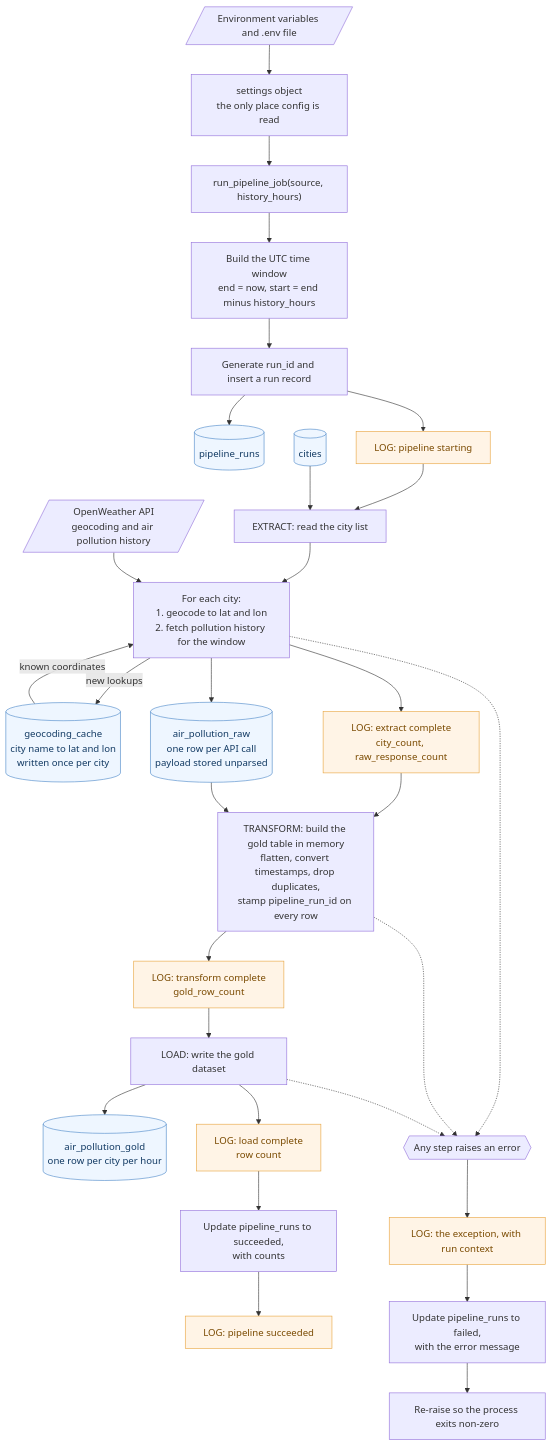
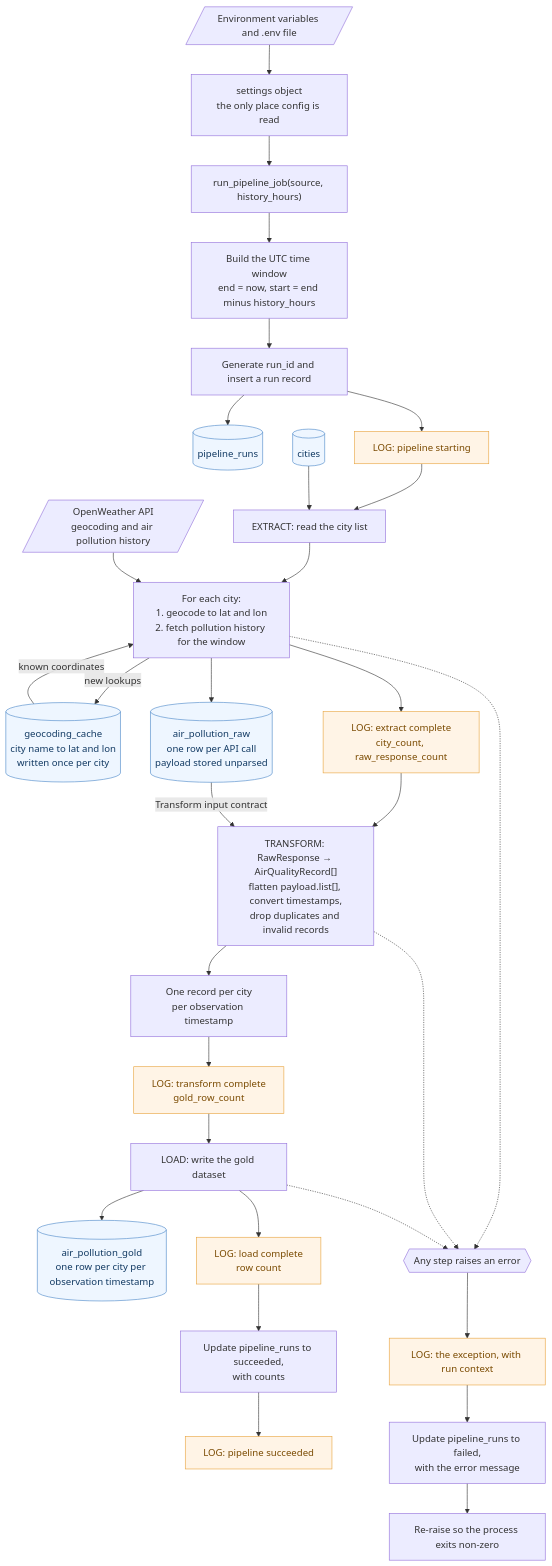
One commit to Code-the-Dream-School/summer-26-py-practicum-team3 changed the diagram in docs/architecture/data_flow_diagram.md. Above: the diagram before and after it, drawn with Mermaid. The commit also changed other lines of this file, not shown here.

Commit message:
AIR-13 Update data flow diagram for transform input/output contract

````diff
--- a/docs/architecture/data_flow_diagram.md
+++ b/docs/architecture/data_flow_diagram.md
@@ -15,42 +15,43 @@
 ```mermaid
 flowchart TD
     CFG[/"Environment variables and .env file"/] --> SET["settings object<br/>the only place config is read"]
     SET --> JOB["run_pipeline_job(source, history_hours)"]
 
     JOB --> SETUP1["Build the UTC time window<br/>end = now, start = end minus history_hours"]
     SETUP1 --> SETUP2["Generate run_id and insert a run record"]
     SETUP2 --> PGRUNS[("pipeline_runs")]
     SETUP2 --> LOG1["LOG: pipeline starting"]
 
     LOG1 --> EX1["EXTRACT: read the city list"]
     CITIES[("cities")] --> EX1
     EX1 --> EX2["For each city:<br/>1. geocode to lat and lon<br/>2. fetch pollution history for the window"]
     OW[/"OpenWeather API<br/>geocoding and air pollution history"/] --> EX2
     GEOC[("geocoding_cache<br/>city name to lat and lon<br/>written once per city")] -->|"known coordinates"| EX2
     EX2 -->|"new lookups"| GEOC
     EX2 --> RAW[("air_pollution_raw<br/>one row per API call<br/>payload stored unparsed")]
     EX2 --> LOG2["LOG: extract complete<br/>city_count, raw_response_count"]
 
-    LOG2 --> TR1["TRANSFORM: build the gold table in memory<br/>flatten, convert timestamps, drop duplicates,<br/>stamp pipeline_run_id on every row"]
-    RAW --> TR1
-    TR1 --> LOG3["LOG: transform complete<br/>gold_row_count"]
+    LOG2 --> TR1["TRANSFORM: RawResponse → AirQualityRecord[]<br/>flatten payload.list[], convert timestamps,<br/>drop duplicates and invalid records"]
+    RAW -->|"Transform input contract"| TR1
+    TR1 --> TR2["One record per city<br/>per observation timestamp"]
+    TR2 --> LOG3["LOG: transform complete<br/>gold_row_count"]
 
     LOG3 --> LD1["LOAD: write the gold dataset"]
-    LD1 --> GOLDPG[("air_pollution_gold<br/>one row per city per hour")]
+    LD1 --> GOLDPG[("air_pollution_gold<br/>one row per city per observation timestamp")]
     LD1 --> LOG4["LOG: load complete<br/>row count"]
 
     LOG4 --> DONE["Update pipeline_runs to succeeded,<br/>with counts"]
     DONE --> LOG5["LOG: pipeline succeeded"]
 
     EX2 -.-> FAIL{{"Any step raises an error"}}
     TR1 -.-> FAIL
     LD1 -.-> FAIL
     FAIL --> FLOG["LOG: the exception, with run context"]
     FLOG --> FMARK["Update pipeline_runs to failed,<br/>with the error message"]
     FMARK --> FRAISE["Re-raise so the process exits non-zero"]
 
     classDef log fill:#fff4e6,stroke:#e8a33d,color:#7a4a00
     classDef store fill:#eef6ff,stroke:#4a86c8,color:#123a63
     class LOG1,LOG2,LOG3,LOG4,LOG5,FLOG log
     class PGRUNS,CITIES,GEOC,RAW,GOLDPG store
 ```
````
